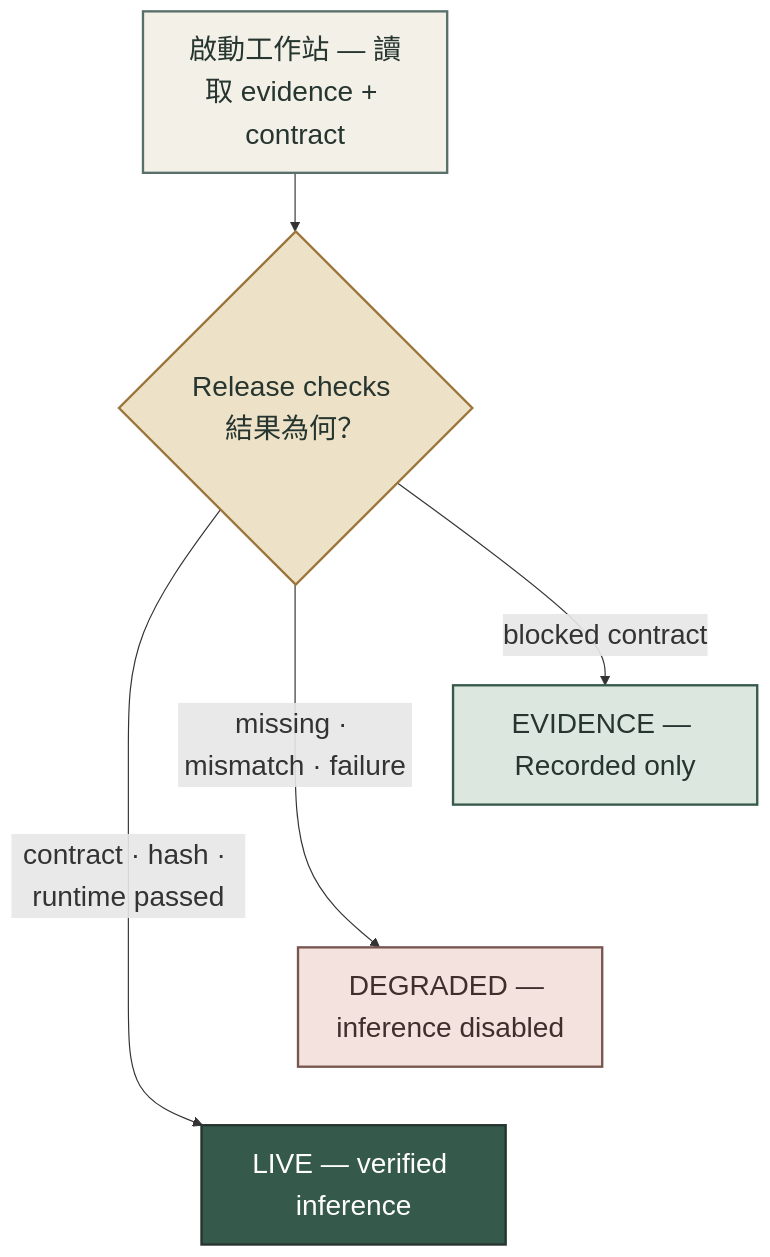
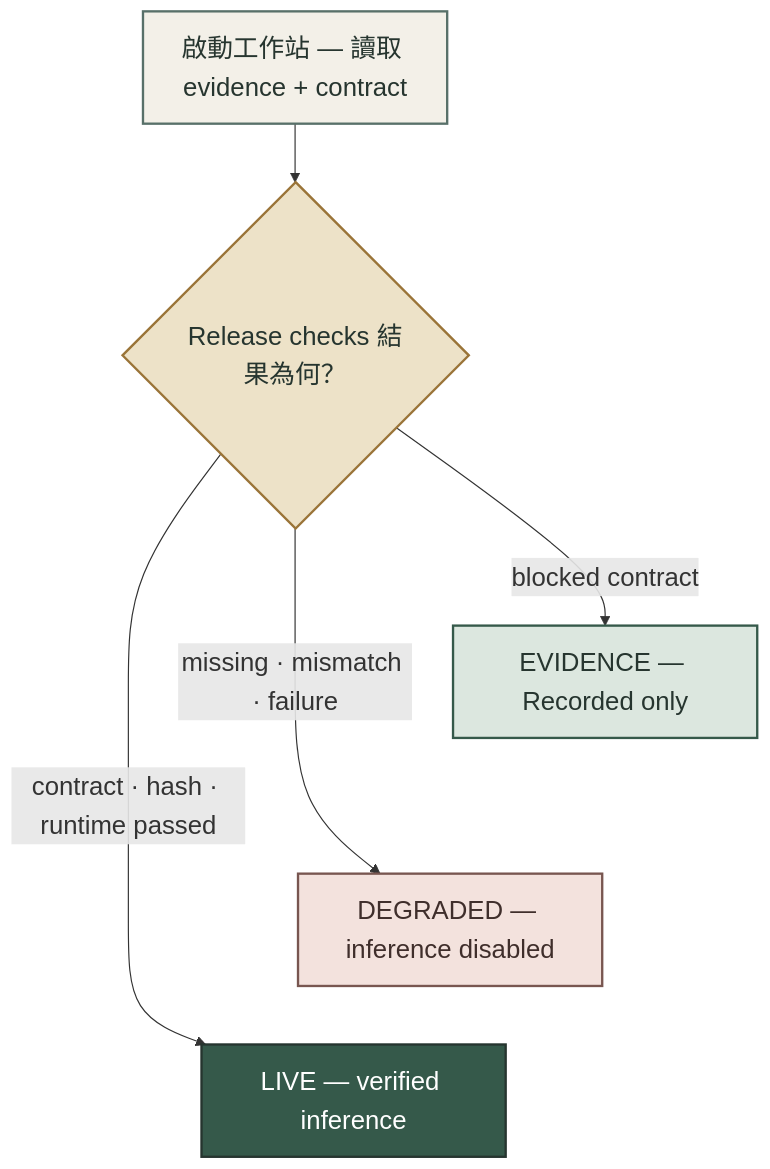
The third of 5 diagrams in README.md (kuotunyu/pcb-defect-detection), drawn with Mermaid before and after one commit. The commit also changed other lines of this file and 2 other files, not shown here.

Commit message:
docs: balance Mermaid diagram typography

````diff
--- a/README.md
+++ b/README.md
@@ -127,30 +127,30 @@
 ```mermaid
-%%{init: {'themeVariables': {'fontSize': '24px'}}}%%
+%%{init: {'themeVariables': {'fontSize': '22px'}}}%%
 flowchart TB
     accTitle: PCB 人工複核工作站的 fail-closed 啟動門控
     accDescr: 工作站先讀取 committed evidence 與 model contract；blocked contract 顯示 Recorded evidence，資料錯誤進入 Degraded，全部 release checks 通過才進入 Live。
 
     Start["啟動工作站 — 讀取 evidence + contract"]
     Gate{"Release checks 結果為何？"}
     Evidence["EVIDENCE — Recorded only"]
     Degraded["DEGRADED — inference disabled"]
     Live["LIVE — verified inference"]
 
     Start --> Gate
     Gate -->|blocked contract| Evidence
     Gate -->|missing · mismatch · failure| Degraded
     Gate -->|contract · hash · runtime passed| Live
     Evidence ~~~ Degraded ~~~ Live
 
     classDef neutral fill:#F3F0E8,stroke:#587069,stroke-width:2px,color:#26352F
     classDef decision fill:#EDE2C8,stroke:#9A7438,stroke-width:2px,color:#26352F
     classDef evidence fill:#DCE7DF,stroke:#35594A,stroke-width:2px,color:#26352F
     classDef blocked fill:#F3E2DD,stroke:#785650,stroke-width:2px,color:#3F2E2B
     classDef live fill:#35594A,stroke:#26352F,stroke-width:2px,color:#FFFFFF
 
     class Start neutral
     class Gate decision
     class Evidence evidence
     class Degraded blocked
     class Live live
 ```
````
